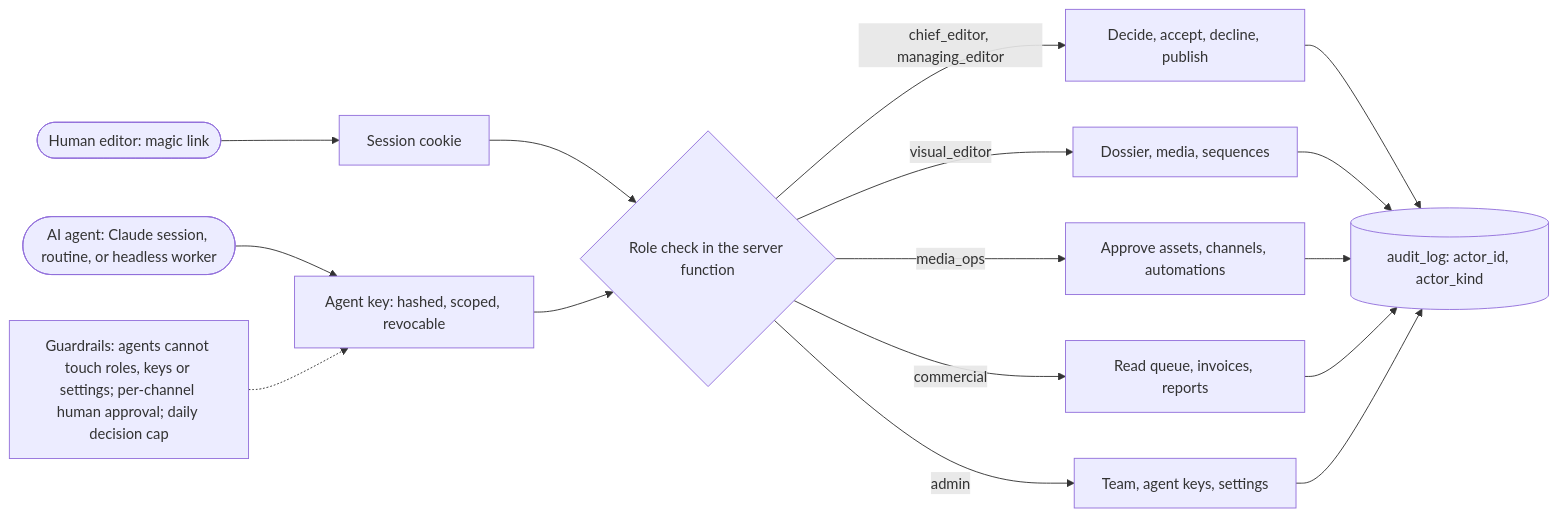
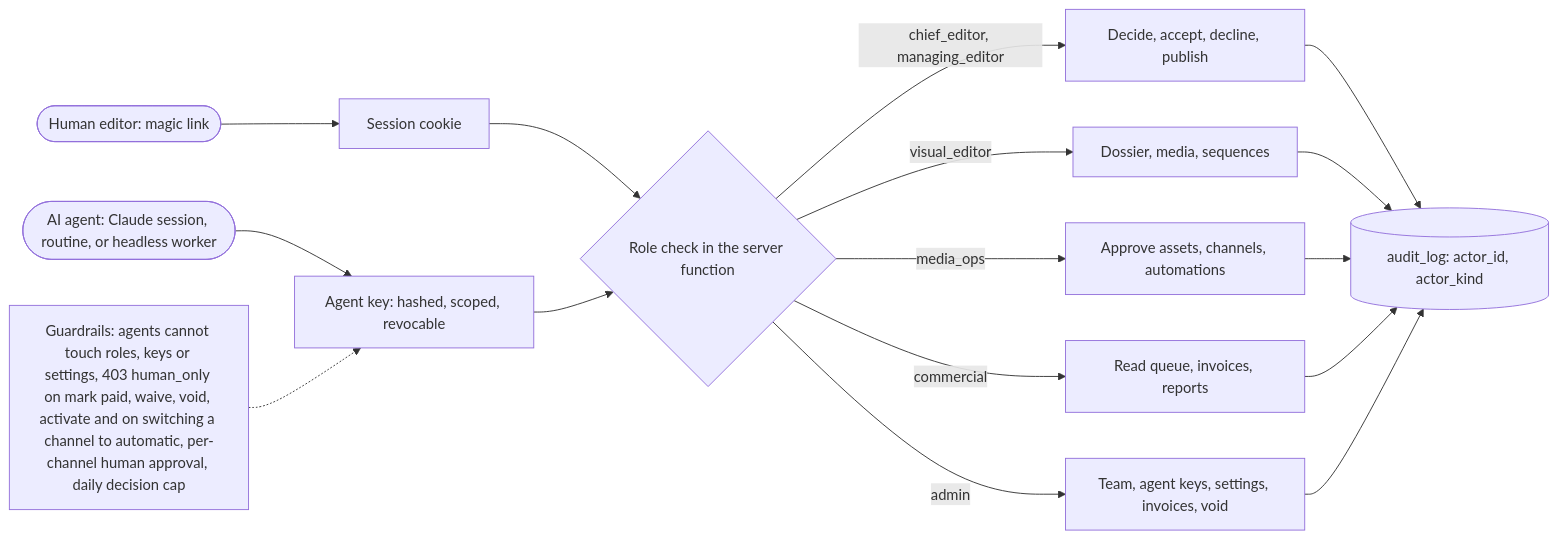
The fourth of 5 diagrams in workspace/03-diagrams/architecture.md (AbdulrahmanAmer/matter-of-place), drawn with Mermaid before and after one commit. The commit also changed other lines of this file and 104 other files, not shown here.

First line of the commit message:
Traceability audit rounds 5 and 6; diagrams brought in line with the plans; rulings G58 to G65

````diff
--- a/workspace/03-diagrams/architecture.md
+++ b/workspace/03-diagrams/architecture.md
@@ -137,14 +147,14 @@
 ```mermaid
 flowchart LR
   H([Human editor: magic link]) --> S[Session cookie]
   A([AI agent: Claude session, routine, or headless worker]) --> K[Agent key: hashed, scoped, revocable]
   S --> R{Role check in the server function}
   K --> R
   R -->|chief_editor, managing_editor| D[Decide, accept, decline, publish]
   R -->|visual_editor| M[Dossier, media, sequences]
   R -->|media_ops| AP[Approve assets, channels, automations]
   R -->|commercial| RO[Read queue, invoices, reports]
-  R -->|admin| T[Team, agent keys, settings]
+  R -->|admin| T[Team, agent keys, settings, invoices, void]
   D & M & AP & RO & T --> AU[(audit_log: actor_id, actor_kind)]
-  G[Guardrails: agents cannot touch roles, keys or settings; per-channel human approval; daily decision cap] -.-> K
+  G[Guardrails: agents cannot touch roles, keys or settings, 403 human_only on mark paid, waive, void, activate and on switching a channel to automatic, per-channel human approval, daily decision cap] -.-> K
 ```
````
